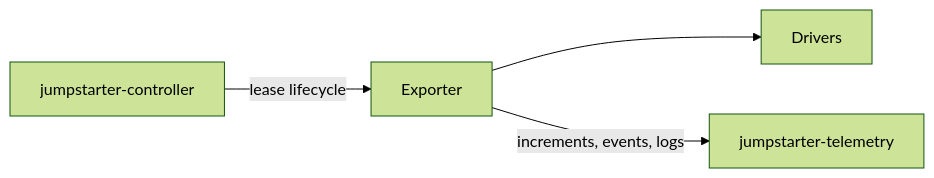
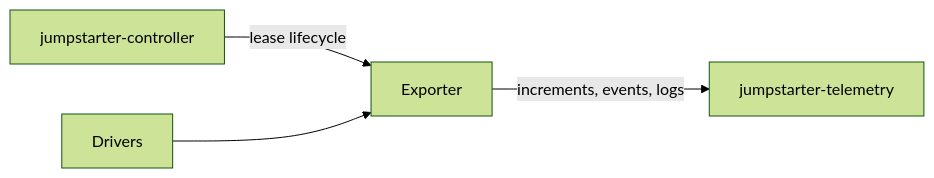
The second of 5 diagrams in python/docs/source/internal/jeps/JEP-0011-observability-telemetry-logs.md (jumpstarter-dev/jumpstarter), drawn with Mermaid (forest theme) before and after one commit. The commit also changed other lines of this file, not shown here.

````diff
--- a/python/docs/source/internal/jeps/JEP-0011-observability-telemetry-logs.md
+++ b/python/docs/source/internal/jeps/JEP-0011-observability-telemetry-logs.md
@@ -551,6 +553,6 @@
 ```{mermaid}
 flowchart LR
   ctrl[jumpstarter-controller] -->|lease lifecycle| exp[Exporter]
-  exp --> drv[Drivers]
+  drv[Drivers] --> exp
   exp -->|increments, events, logs| tel[jumpstarter-telemetry]
 ```
````
